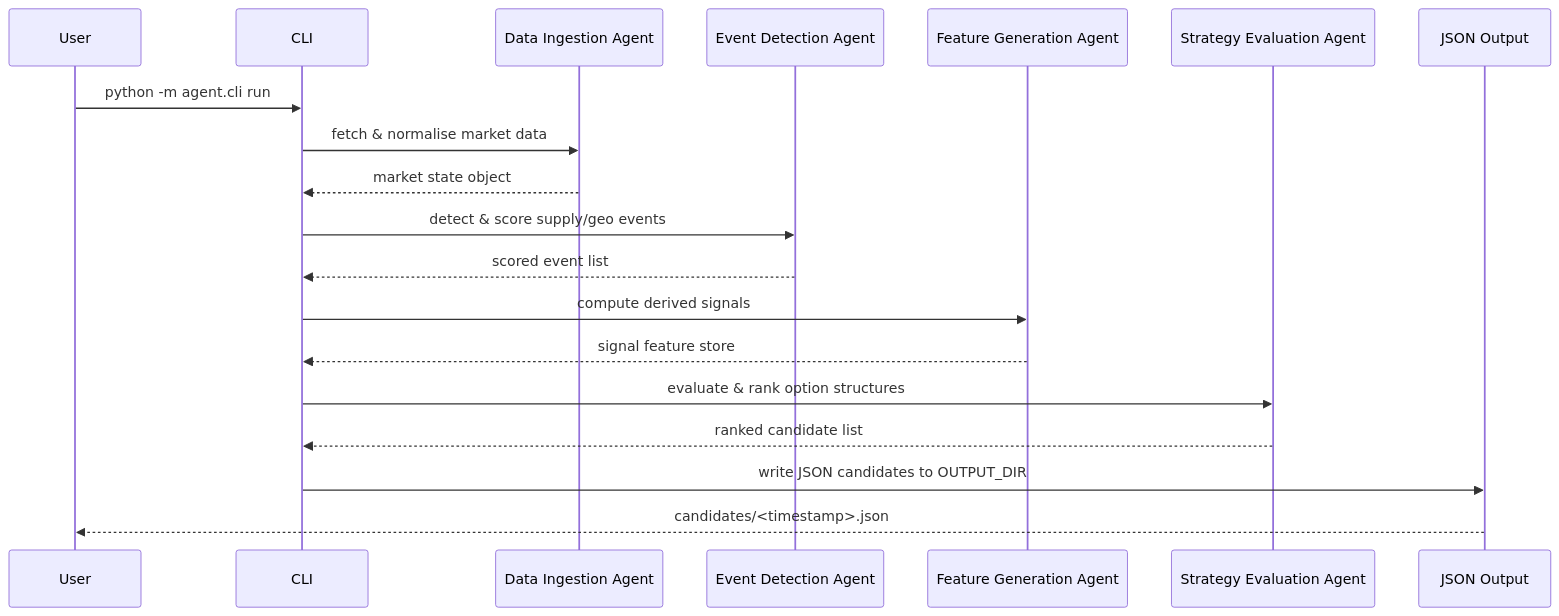
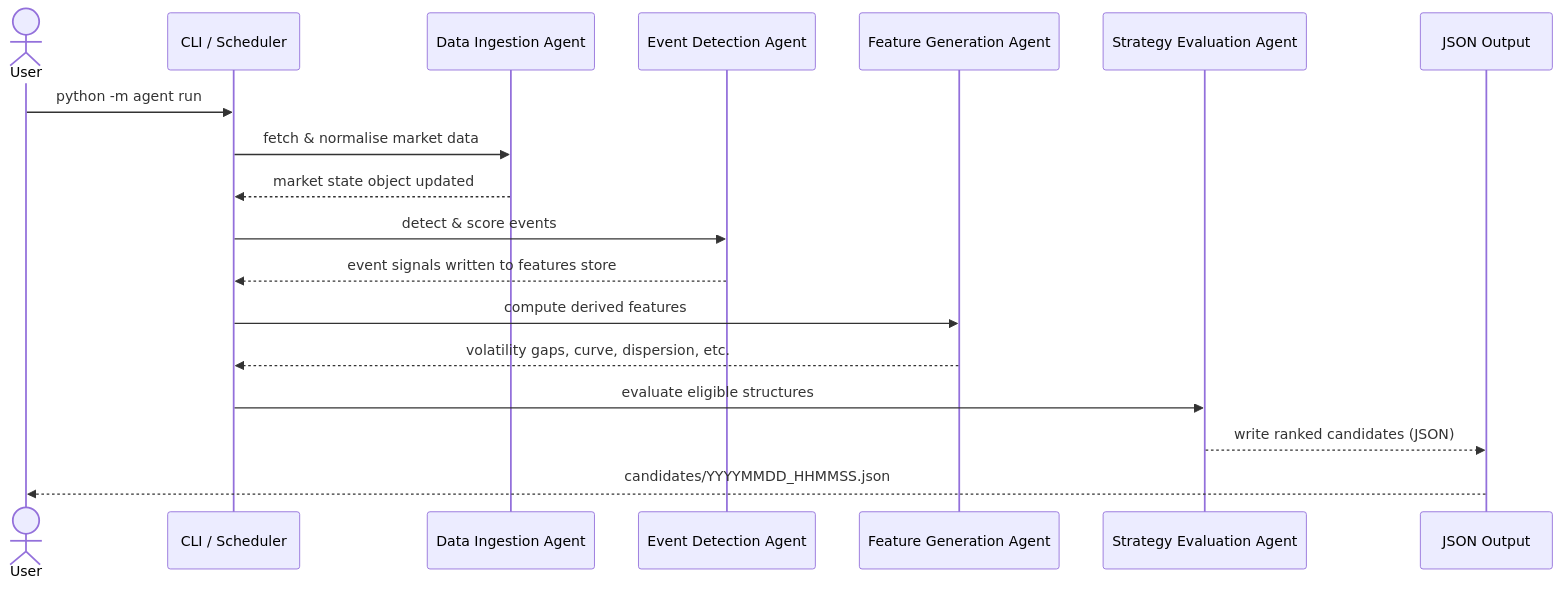
Before and after one commit to jeisenback/golden_boy_peanuts: the second of 2 diagrams in docs/generated/user_guide_full-pipeline.md, drawn with Mermaid. The commit also changed other lines of this file and 8 other files, not shown here.

````diff
--- a/docs/generated/user_guide_full-pipeline.md
+++ b/docs/generated/user_guide_full-pipeline.md
@@ -210,22 +237,21 @@
 ```mermaid
 sequenceDiagram
-    participant User
-    participant CLI
-    participant Ingestion as Data Ingestion Agent
-    participant Events as Event Detection Agent
-    participant Features as Feature Generation Agent
-    participant Strategy as Strategy Evaluation Agent
-    participant Output as JSON Output
+    actor User
+    participant CLI as CLI / Scheduler
+    participant DIA as Data Ingestion Agent
+    participant EDA as Event Detection Agent
+    participant FGA as Feature Generation Agent
+    participant SEA as Strategy Evaluation Agent
+    participant OUT as JSON Output
 
-    User->>CLI: python -m agent.cli run
-    CLI->>Ingestion: fetch & normalise market data
-    Ingestion-->>CLI: market state object
-    CLI->>Events: detect & score supply/geo events
-    Events-->>CLI: scored event list
-    CLI->>Features: compute derived signals
-    Features-->>CLI: signal feature store
-    CLI->>Strategy: evaluate & rank option structures
-    Strategy-->>CLI: ranked candidate list
-    CLI->>Output: write JSON candidates to OUTPUT_DIR
-    Output-->>User: candidates/<timestamp>.json
+    User->>CLI: python -m agent run
+    CLI->>DIA: fetch & normalise market data
+    DIA-->>CLI: market state object updated
+    CLI->>EDA: detect & score events
+    EDA-->>CLI: event signals written to features store
+    CLI->>FGA: compute derived features
+    FGA-->>CLI: volatility gaps, curve, dispersion, etc.
+    CLI->>SEA: evaluate eligible structures
+    SEA-->>OUT: write ranked candidates (JSON)
+    OUT-->>User: candidates/YYYYMMDD_HHMMSS.json
 ```
````
